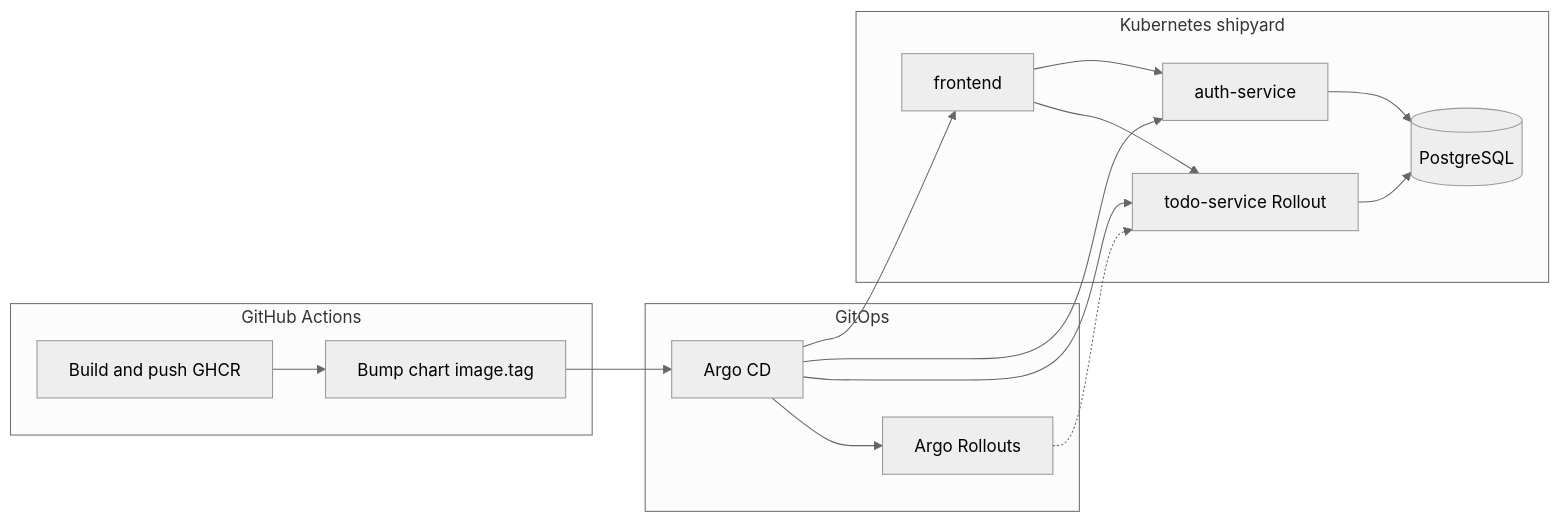
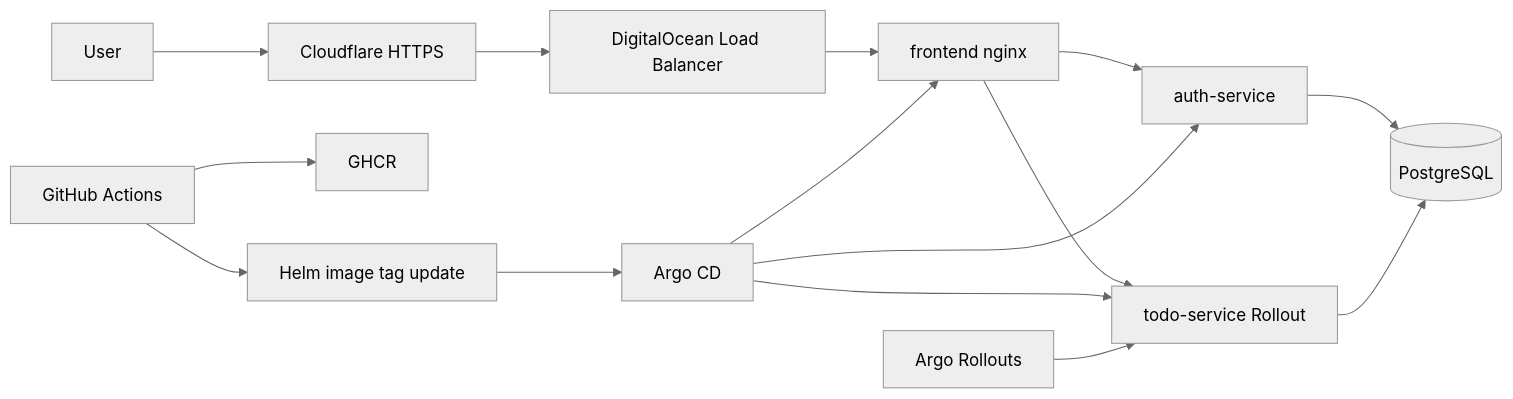
One commit to SkyShineTH/Shipyard changed the diagram in README.md. Above: the diagram before and after it, drawn with Mermaid (neutral theme). The commit also changed other lines of this file and 1 other file, not shown here.

Commit message:
docs: standardize Shipyard documentation

````diff
--- a/README.md
+++ b/README.md
@@ -37,28 +39,18 @@
 ```mermaid
 flowchart LR
-  subgraph ci [GitHub Actions]
-    build[Build and push GHCR]
-    bump[Bump chart image.tag]
-  end
-  subgraph gitops [GitOps]
-    acd[Argo CD]
-    roll[Argo Rollouts]
-  end
-  subgraph k8s [Kubernetes shipyard]
-    fe[frontend]
-    auth[auth-service]
-    todo[todo-service Rollout]
-    db[(PostgreSQL)]
-  end
-  build --> bump
-  bump --> acd
-  acd --> fe
-  acd --> auth
-  acd --> todo
-  acd --> roll
-  roll -.-> todo
-  fe --> auth
-  fe --> todo
-  auth --> db
+  user[User] --> cf[Cloudflare HTTPS]
+  cf --> lb[DigitalOcean Load Balancer]
+  lb --> fe[frontend nginx]
+  fe --> auth[auth-service]
+  fe --> todo[todo-service Rollout]
+  auth --> db[(PostgreSQL)]
   todo --> db
+
+  ci[GitHub Actions] --> ghcr[GHCR]
+  ci --> values[Helm image tag update]
+  values --> argo[Argo CD]
+  argo --> fe
+  argo --> auth
+  argo --> todo
+  rollouts[Argo Rollouts] --> todo
 ```
````
